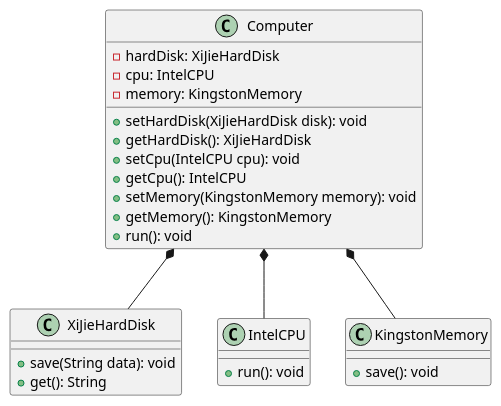
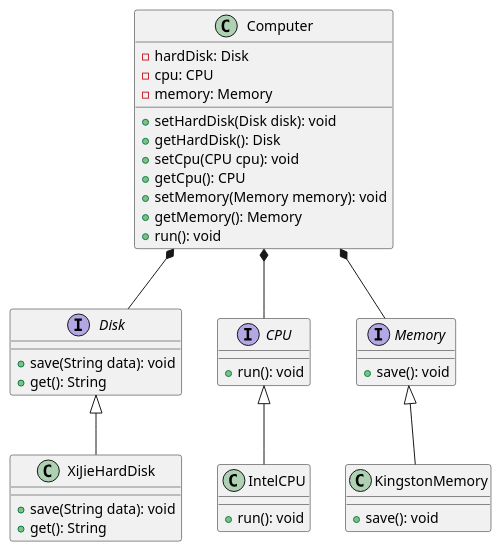
One commit to shepi-666/design-patterns changed the diagram in src/com/heima/designpatterns/principles/di/uml/NewComputerUML.puml. Above: the diagram before and after it, drawn with PlantUML. The commit also changed 51 other files, not shown here.

```diff
--- a/src/com/heima/designpatterns/principles/di/uml/NewComputerUML.puml
+++ b/src/com/heima/designpatterns/principles/di/uml/NewComputerUML.puml
@@ -1,32 +1,51 @@
 @startuml
 'https://plantuml.com/class-diagram
-Computer *-- XiJieHardDisk
-Computer *-- IntelCPU
-Computer *-- KingstonMemory
+Computer *-- Disk
+Computer *-- CPU
+Computer *-- Memory
+Disk <|-- XiJieHardDisk
+CPU <|-- IntelCPU
+Memory <|-- KingstonMemory
+
 
 class Computer {
-    - hardDisk: XiJieHardDisk
-    - cpu: IntelCPU
-    - memory: KingstonMemory
-    + setHardDisk(XiJieHardDisk disk): void
-    + getHardDisk(): XiJieHardDisk
-    + setCpu(IntelCPU cpu): void
-    + getCpu(): IntelCPU
-    + setMemory(KingstonMemory memory): void
-    + getMemory(): KingstonMemory
+    - hardDisk: Disk
+    - cpu: CPU
+    - memory: Memory
+    + setHardDisk(Disk disk): void
+    + getHardDisk(): Disk
+    + setCpu(CPU cpu): void
+    + getCpu(): CPU
+    + setMemory(Memory memory): void
+    + getMemory(): Memory
     + run(): void
 }
+
+interface Disk {
+    + save(String data): void
+    + get(): String
+}
+
+interface CPU {
+    + run(): void
+}
+
+interface Memory {
+    + save(): void
+}
+
+
 class XiJieHardDisk {
     + save(String data): void
     + get(): String
 }
 
 class IntelCPU {
     + run(): void
 }
 
 class KingstonMemory {
     + save(): void
 }
 
 @enduml
```
